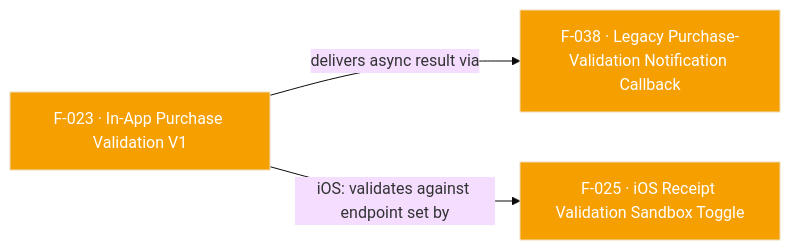
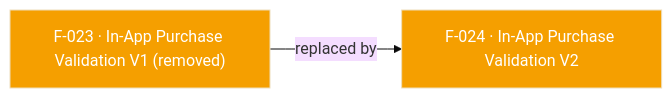
Before and after one commit to AppsFlyerSDK/appsflyer-flutter-plugin: the diagram in internal-docs/features/F-023-in-app-purchase-validation-v1.md, drawn with Mermaid (base theme). The commit also changed other lines of this file and 112 other files, not shown here.

First line of the commit message:
[DELIVERY-125863] Migrate Flutter plugin to AppsFlyer SDK 7 RPC architecture.

````diff
--- a/internal-docs/features/F-023-in-app-purchase-validation-v1.md
+++ b/internal-docs/features/F-023-in-app-purchase-validation-v1.md
@@ -78,9 +24,7 @@
 ```mermaid
 flowchart LR
-    F023["F-023 · In-App Purchase Validation V1"]:::purchaseValidation
-    F038["F-038 · Legacy Purchase-Validation Notification Callback"]:::purchaseValidation
-    F025["F-025 · iOS Receipt Validation Sandbox Toggle"]:::purchaseValidation
-    F023 -->|"delivers async result via"| F038
-    F023 -->|"iOS: validates against endpoint set by"| F025
+    F023["F-023 · In-App Purchase Validation V1 (removed)"]:::purchaseValidation
+    F024["F-024 · In-App Purchase Validation V2"]:::purchaseValidation
+    F023 -->|"replaced by"| F024
     classDef purchaseValidation fill:#F59F00,color:#fff
 ```
````
